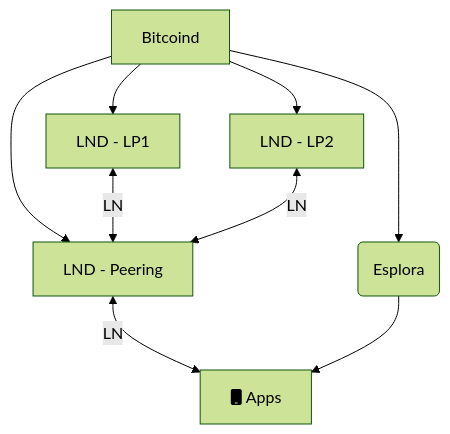
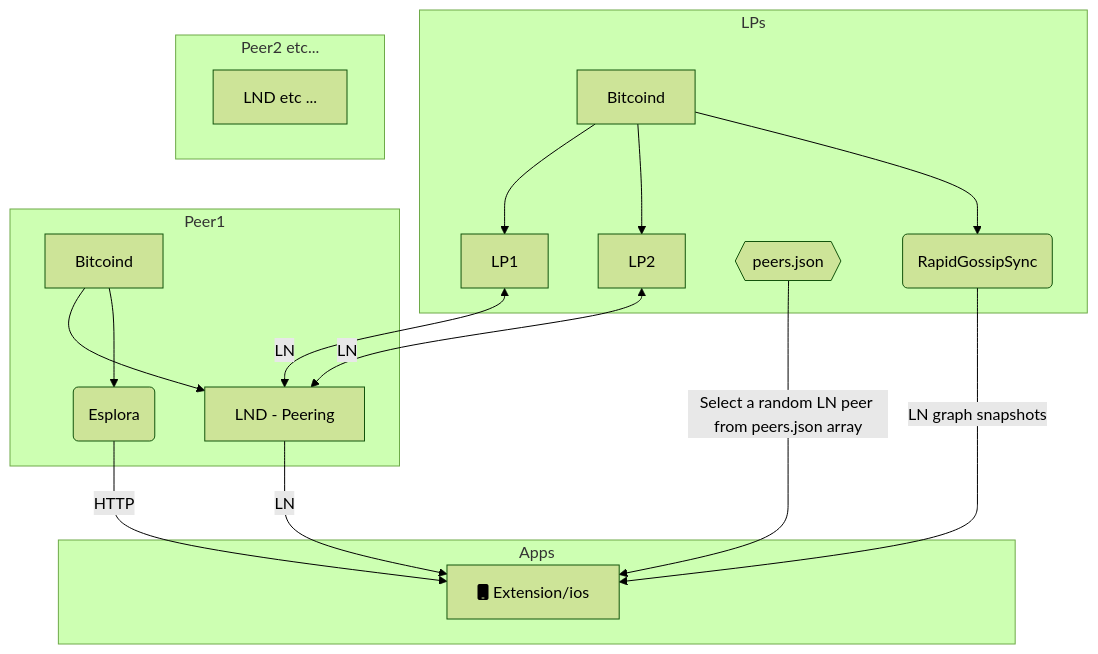
The diagram in docs/infra.md (Portaldefi/mutiny-net), drawn with Mermaid (forest theme) before and after one commit. The commit also changed other lines of this file, not shown here.

````diff
--- a/docs/infra.md
+++ b/docs/infra.md
@@ -3,12 +5,39 @@
 ```mermaid
 flowchart TD
-    A[Bitcoind] --> B[LND - LP1]
-    A --> C[LND - LP2]
-    A -->  D[LND - Peering]
-    B <--> |LN| D
-    C <--> |LN| D
-    A[Bitcoind] --> E(Esplora)
-    F[fa:fa-mobile Apps]
-    D <--> |LN| F
-    E --> F
+
+    subgraph LPs
+        Btc[Bitcoind]
+        LND1[LP1]
+        LND2[LP2]
+        Peers{{peers.json}}
+        Rgs(RapidGossipSync)
+        Btc --> LND1
+        Btc --> LND2
+        Btc --> Rgs
+    end
+
+    subgraph Peer1
+        Btc2[Bitcoind]
+        LND22[LND - Peering]
+        Esplora(Esplora)
+        Btc2 --> LND22
+        Btc2 --> Esplora
+
+        LND1 <--> |LN| LND22
+        LND2 <--> |LN| LND22
+    end
+
+    subgraph Apps
+        App[fa:fa-mobile Extension/ios]
+
+        Peers --> |Select a random LN peer from peers.json array| App
+        LND22 --> |LN| App
+        Esplora --> |HTTP| App
+        Rgs --> |LN graph snapshots| App
+    end
+
+    subgraph Peer2 etc...
+        B3[LND etc ...]
+    end
+
 ```
````
